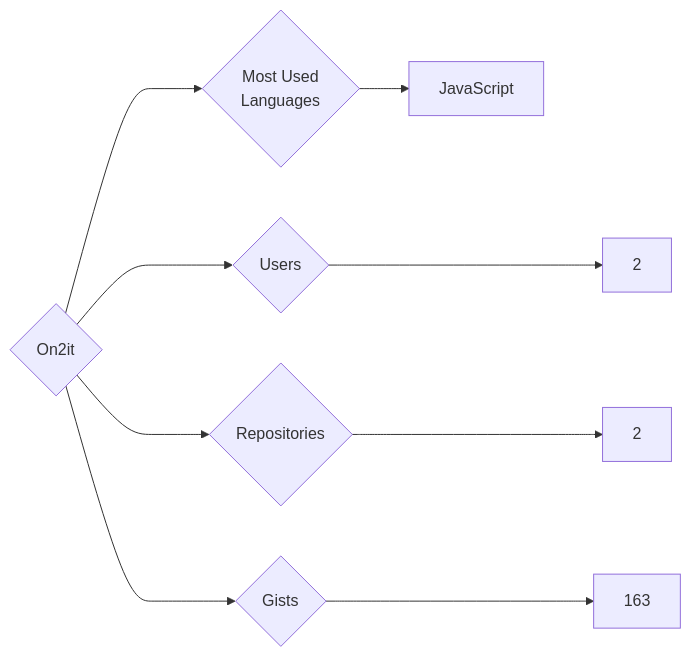
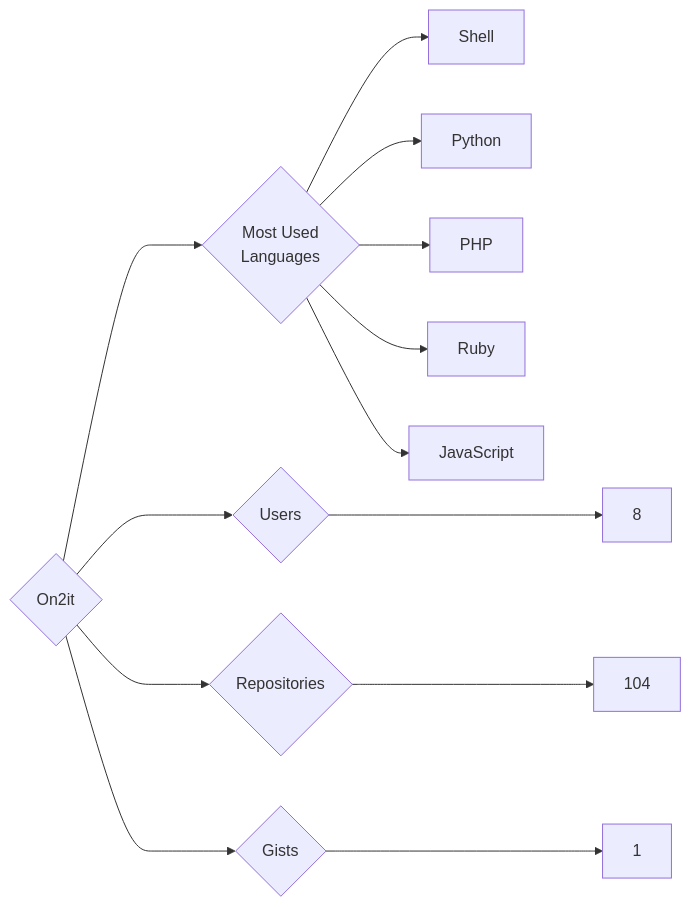
Before and after one commit to trickest/insiders: the diagram in targets/On2it/README.md, drawn with Mermaid. The commit also changed 969 other files, not shown here.

````diff
--- a/targets/On2it/README.md
+++ b/targets/On2it/README.md
@@ -3,9 +3,13 @@
 ```mermaid
 graph LR
 COMPANY_NAME{On2it}
-COMPANY_NAME ---> U{Users} ---> UN[2]
-COMPANY_NAME ---> R{Repositories} ---> RN[2]
-COMPANY_NAME ---> G{Gists} ---> GN[163]
+COMPANY_NAME ---> U{Users} ---> UN[8]
+COMPANY_NAME ---> R{Repositories} ---> RN[104]
+COMPANY_NAME ---> G{Gists} ---> GN[1]
 COMPANY_NAME ---> ML{Most Used<br>Languages}
+ML --> Shell[Shell]
+ML --> Python[Python]
+ML --> PHP[PHP]
+ML --> Ruby[Ruby]
 ML --> JavaScript[JavaScript]
 ```
````
